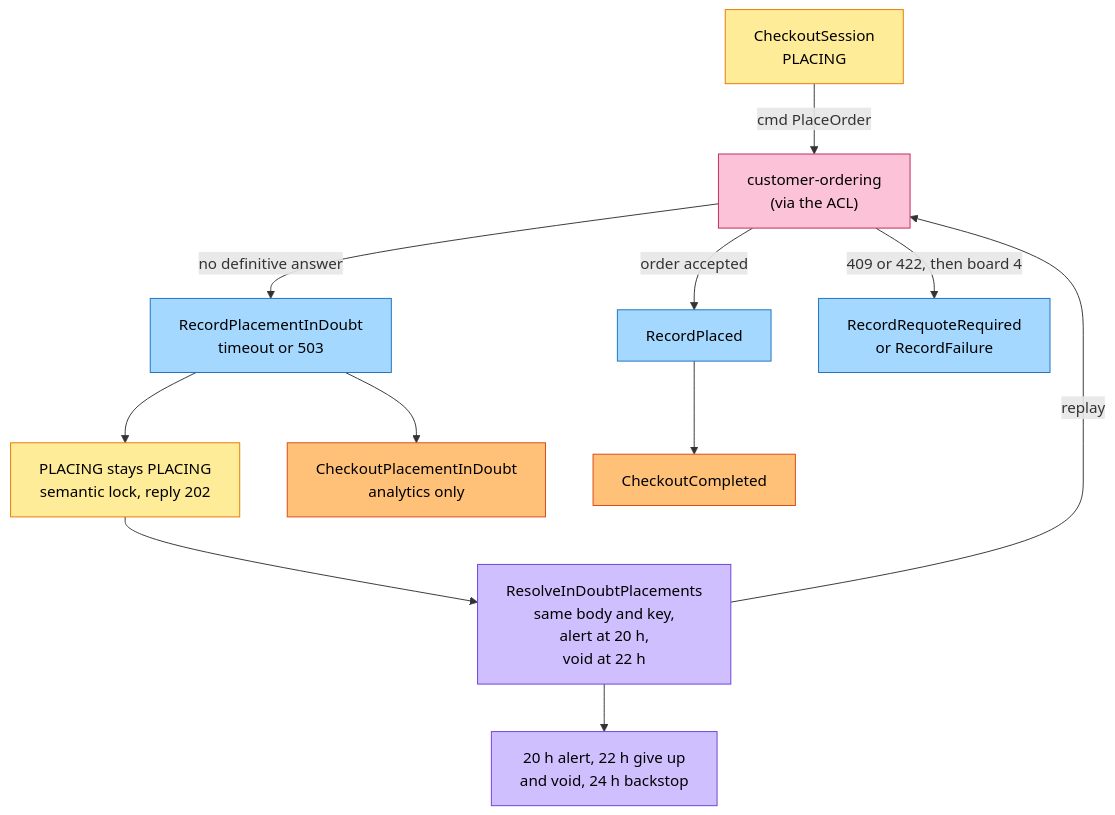
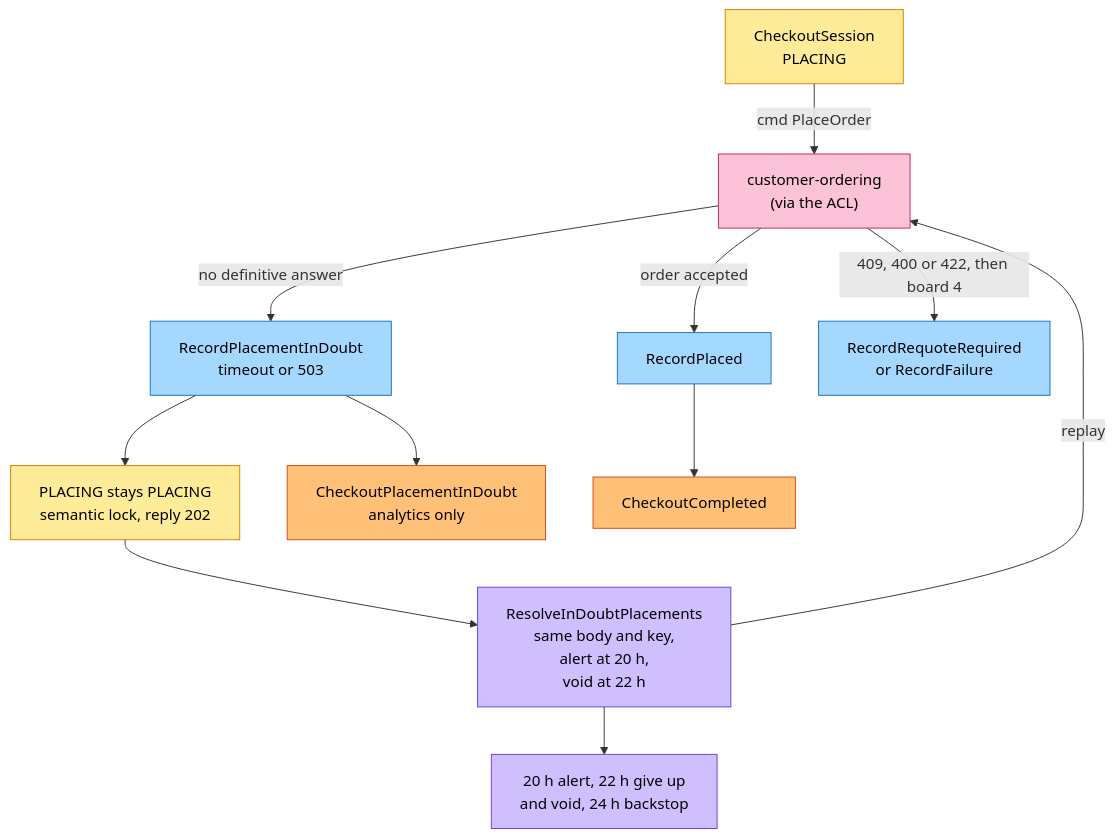
Before and after one commit to IQVO/checkout: the fifth of 6 diagrams in docs/docs/ddd/eventstorming.md, drawn with Mermaid. The commit also changed other lines of this file and 8 other files, not shown here.

````diff
--- a/docs/docs/ddd/eventstorming.md
+++ b/docs/docs/ddd/eventstorming.md
@@ -228,31 +229,31 @@
 ```mermaid
 flowchart TB
     PL["CheckoutSession<br/>PLACING"]:::aggregate
     CO["customer-ordering<br/>(via the ACL)"]:::external
     C7["RecordPlacementInDoubt<br/>timeout or 503"]:::command
     LOCK["PLACING stays PLACING<br/>semantic lock, reply 202"]:::aggregate
     P1["ResolveInDoubtPlacements<br/>same body and key,<br/>alert at 20 h,<br/>void at 22 h"]:::policy
     R1["RecordPlaced"]:::command
     R2["RecordRequoteRequired<br/>or RecordFailure"]:::command
     E1["CheckoutCompleted"]:::event
     E5["CheckoutPlacementInDoubt<br/>analytics only"]:::event
     TL["20 h alert, 22 h give up<br/>and void, 24 h backstop"]:::policy
 
     PL -->|"cmd PlaceOrder"| CO
     CO -->|"no definitive answer"| C7
     C7 --> LOCK
     LOCK --> P1
     P1 -->|"replay"| CO
     CO -->|"order accepted"| R1
-    CO -->|"409 or 422, then board 4"| R2
+    CO -->|"409, 400 or 422, then board 4"| R2
     R1 --> E1
     C7 --> E5
     P1 --> TL
 
     classDef actor fill:#fff59d,stroke:#b59f00,color:#000
     classDef command fill:#a5d8ff,stroke:#1971c2,color:#000
     classDef aggregate fill:#ffec99,stroke:#e67700,color:#000
     classDef event fill:#ffc078,stroke:#d9480f,color:#000
     classDef policy fill:#d0bfff,stroke:#6741d9,color:#000
     classDef external fill:#fcc2d7,stroke:#c2255c,color:#000
 ```
````
